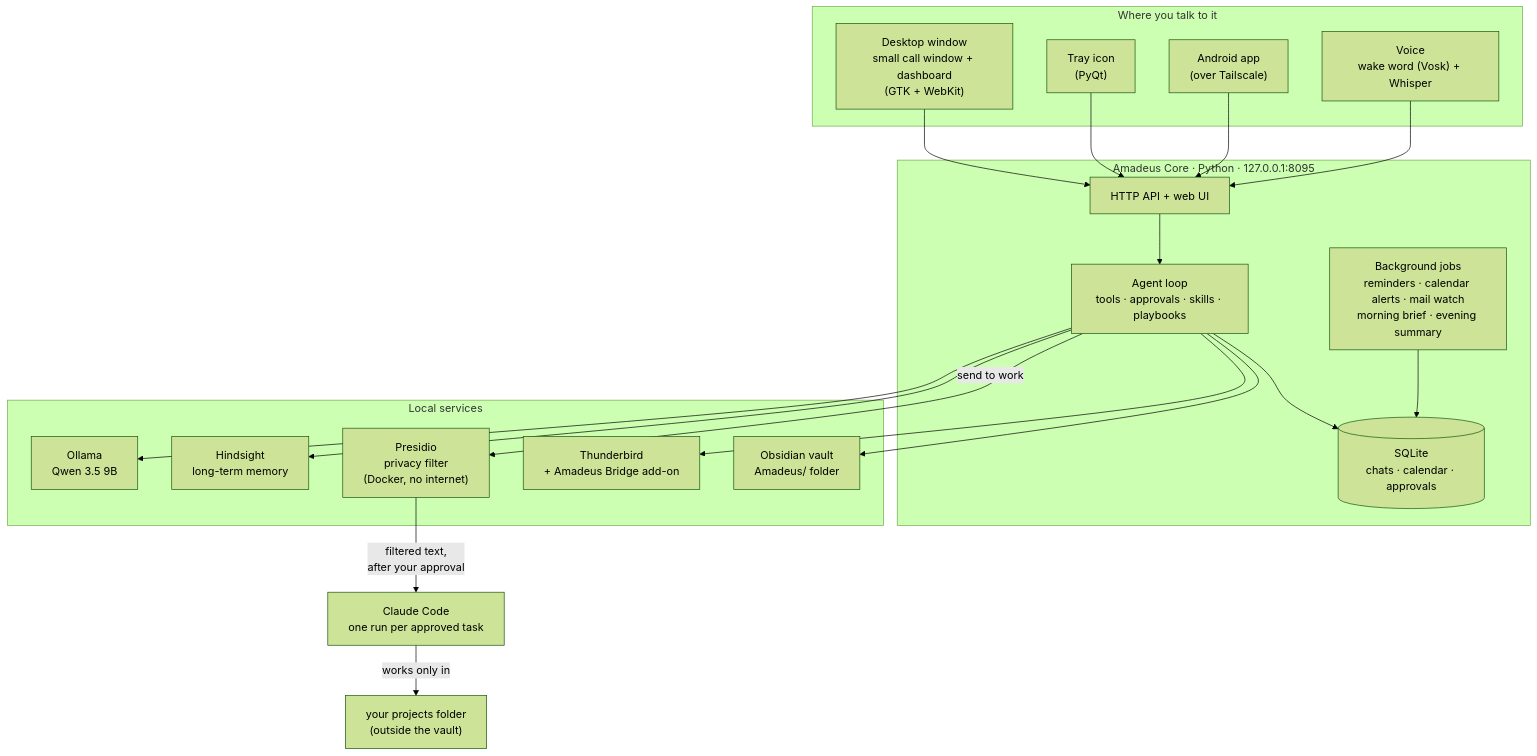
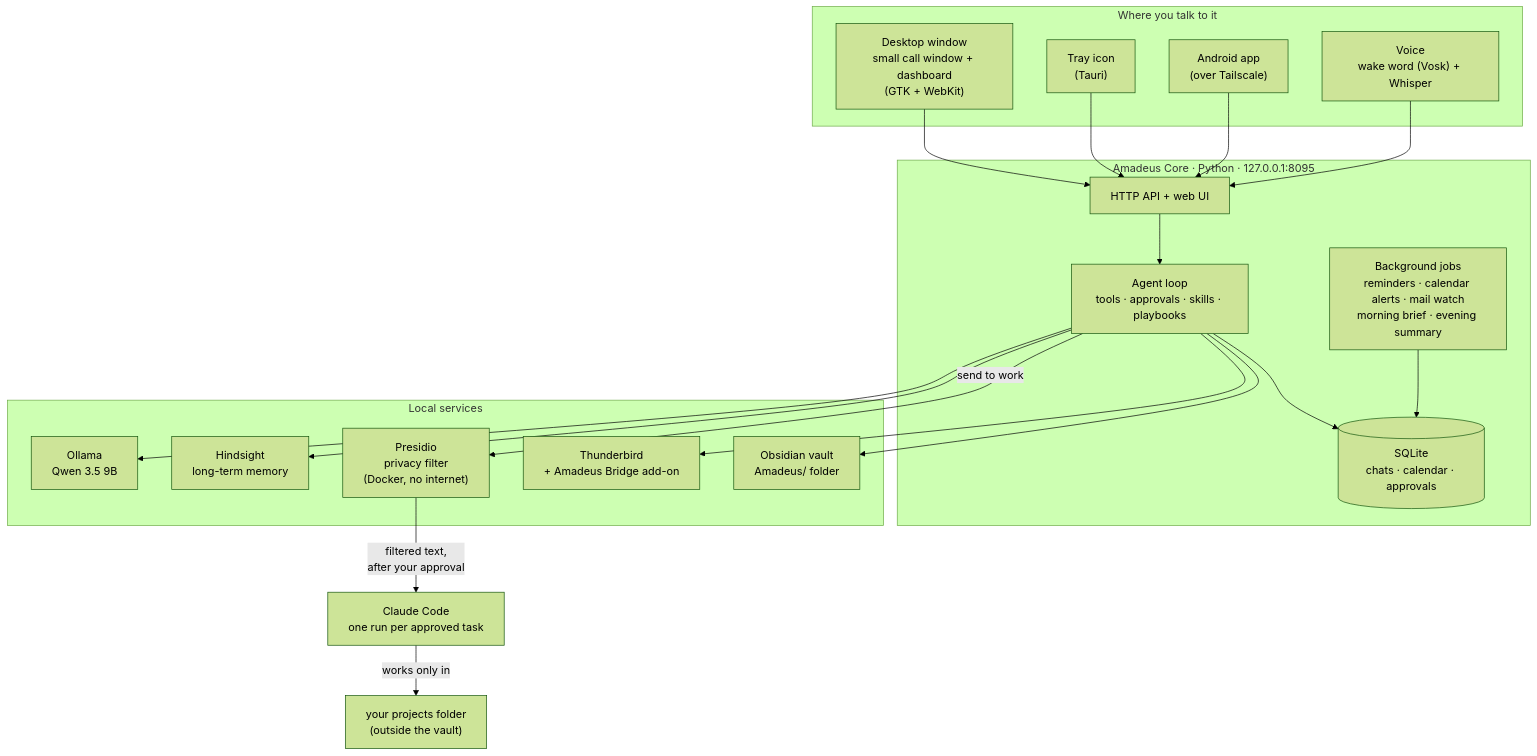
The first of 4 diagrams in docs/ARCHITECTURE.md (IAbrahamI/Amadeus), drawn with Mermaid (forest theme) before and after one commit. The commit also changed 8 other files, not shown here.

````diff
--- a/docs/ARCHITECTURE.md
+++ b/docs/ARCHITECTURE.md
@@ -12,38 +12,38 @@
 ```mermaid
 flowchart TB
     subgraph clients ["Where you talk to it"]
       win["Desktop window<br/>small call window + dashboard<br/>(GTK + WebKit)"]
-      tray["Tray icon<br/>(PyQt)"]
+      tray["Tray icon<br/>(Tauri)"]
       phone["Android app<br/>(over Tailscale)"]
       voice["Voice<br/>wake word (Vosk) + Whisper"]
     end
 
     subgraph core ["Amadeus Core · Python · 127.0.0.1:8095"]
       server["HTTP API + web UI"]
       agent["Agent loop<br/>tools · approvals · skills · playbooks"]
       bg["Background jobs<br/>reminders · calendar alerts · mail watch<br/>morning brief · evening summary"]
       db[("SQLite<br/>chats · calendar · approvals")]
     end
 
     subgraph local ["Local services"]
       ollama["Ollama<br/>Qwen 3.5 9B"]
       hindsight["Hindsight<br/>long-term memory"]
       presidio["Presidio<br/>privacy filter<br/>(Docker, no internet)"]
       tb["Thunderbird<br/>+ Amadeus Bridge add-on"]
       vault["Obsidian vault<br/>Amadeus/ folder"]
     end
 
     cc["Claude Code<br/>one run per approved task"]
 
     win & tray & phone & voice --> server
     server --> agent
     agent --> db
     bg --> db
     agent --> ollama
     agent --> hindsight
     agent --> tb
     agent --> vault
     agent -- "send to work" --> presidio
     presidio -- "filtered text,<br/>after your approval" --> cc
     cc -- "works only in" --> projects["your projects folder<br/>(outside the vault)"]
 ```
````
